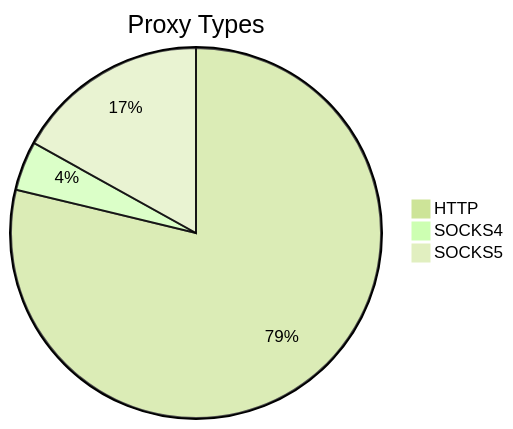
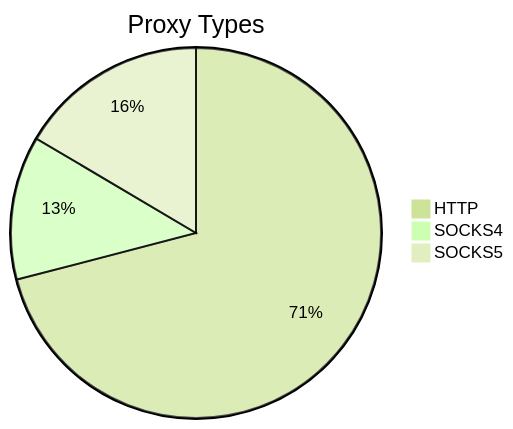
One commit to stormsia/proxy-list changed the first of 2 diagrams in README.md. Above: the diagram before and after it, drawn with Mermaid (forest theme). The commit also changed other lines of this file, not shown here.

````diff
--- a/README.md
+++ b/README.md
@@ -21,6 +21,6 @@
 ```mermaid
 pie title Proxy Types
-    "HTTP" : 293
-    "SOCKS4" : 16
-    "SOCKS5" : 63
+    "HTTP" : 486
+    "SOCKS4" : 86
+    "SOCKS5" : 113
 ```
````
